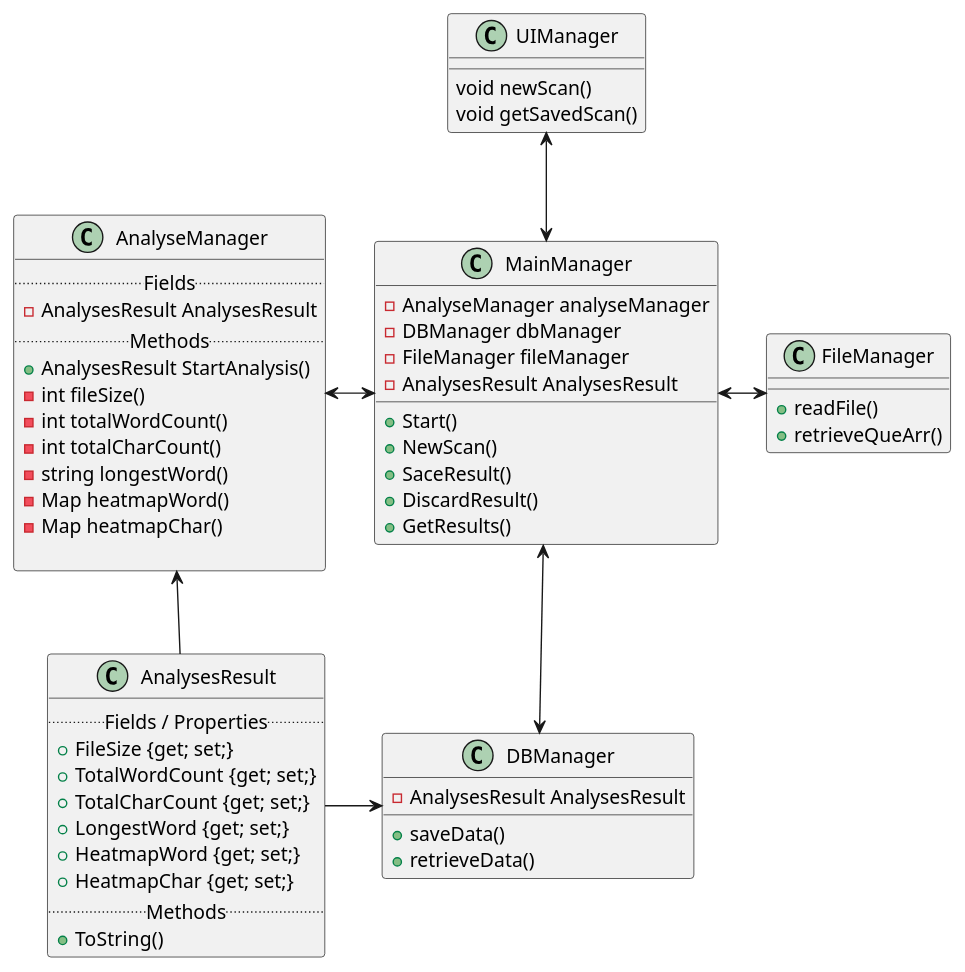
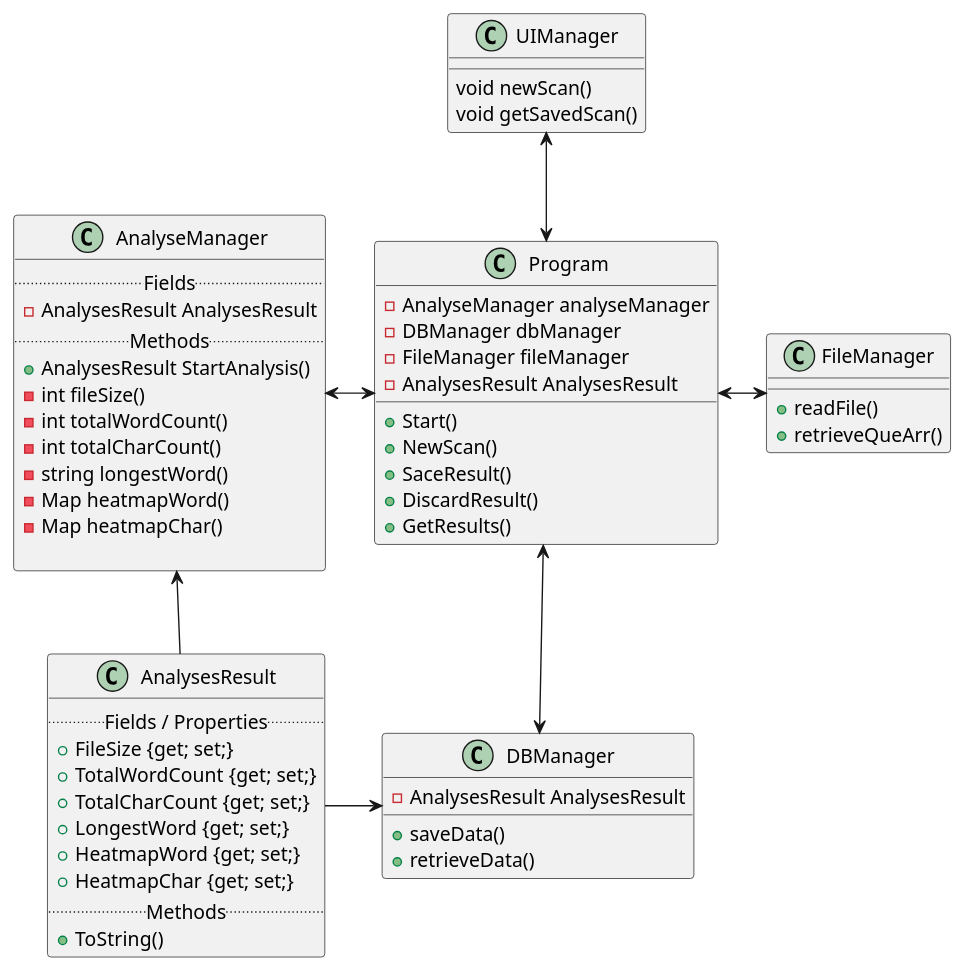
One commit to Mimeas-Studies/pgr3302-1-Software-Design-Exam changed the diagram in diagrams/ClassDiagram.puml. Above: the diagram before and after it, drawn with PlantUML. The commit also changed 2 other files, not shown here.

Commit message:
Changed 'MainManager' to 'Program'

```diff
--- a/diagrams/ClassDiagram.puml
+++ b/diagrams/ClassDiagram.puml
@@ -1,67 +1,67 @@
 @startuml
 
 class UIManager {
     void newScan()
     void getSavedScan()
 }
 
-class MainManager {
+class Program {
     - AnalyseManager analyseManager
     - DBManager dbManager
     - FileManager fileManager
     - AnalysesResult AnalysesResult
     
     +Start()
     +NewScan()
     +SaceResult()
     +DiscardResult()
     +GetResults()
 }
 
 class AnalyseManager {
     ..Fields..
     - AnalysesResult AnalysesResult
     ..Methods..
     + AnalysesResult StartAnalysis()
     - int fileSize()
     - int totalWordCount()
     - int totalCharCount()
     - string longestWord()
     - Map heatmapWord()
     - Map heatmapChar()
     
 }
 
 class AnalysesResult {
     ..Fields / Properties..
     + FileSize {get; set;}
     + TotalWordCount {get; set;}
     + TotalCharCount {get; set;}
     + LongestWord {get; set;}
     + HeatmapWord {get; set;}
     + HeatmapChar {get; set;}
     ..Methods..
     + ToString()
 }
 
 class DBManager {
     - AnalysesResult AnalysesResult
     + saveData()
     + retrieveData()
 }
 
 class FileManager {
     + readFile()
     + retrieveQueArr()
 }
 
-UIManager <--> MainManager
-AnalyseManager <-> MainManager
+UIManager <--> Program
+AnalyseManager <-> Program
 AnalyseManager <-- AnalysesResult
 AnalysesResult -> DBManager
 
-MainManager <-> FileManager 
+Program <-> FileManager 
 
-MainManager <--> DBManager 
+Program <--> DBManager 
 
 @enduml
```
